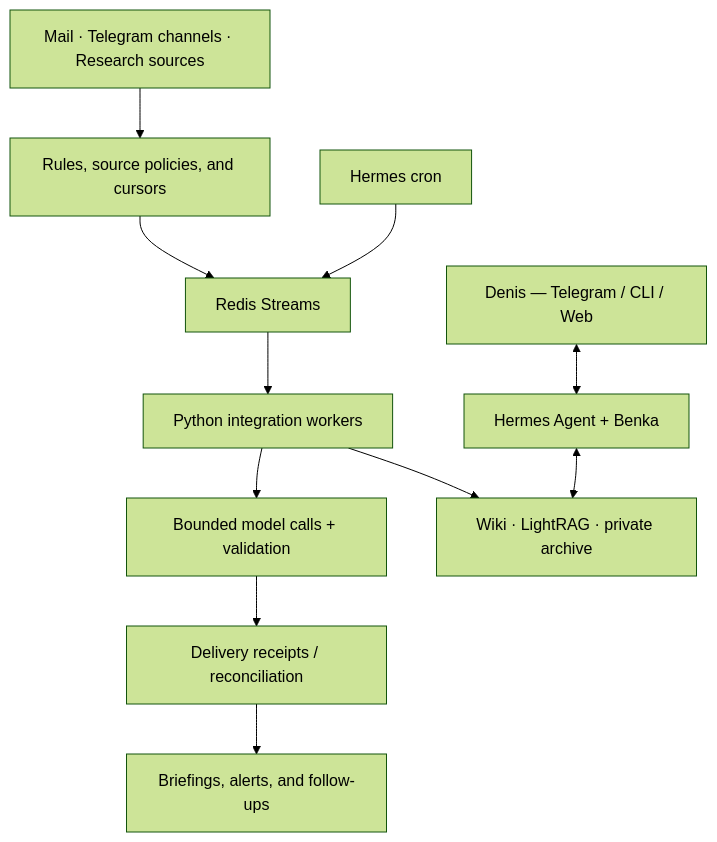
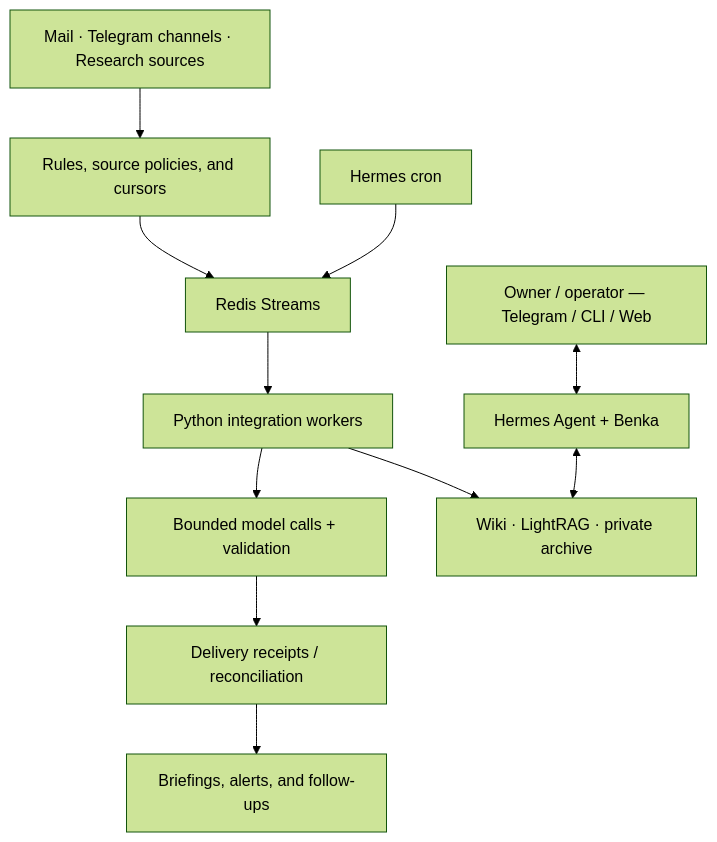
Before and after one commit to eiler2005/my-ai-office: the first of 2 diagrams in README.md, drawn with Mermaid (forest theme). The commit also changed other lines of this file and 2 other files, not shown here.

````diff
--- a/README.md
+++ b/README.md
@@ -77,13 +78,13 @@
 ```mermaid
 flowchart TB
     Sources["Mail · Telegram channels · Research sources"] --> Filter["Rules, source policies, and cursors"]
     Filter --> Queue["Redis Streams"]
     Cron["Hermes cron"] --> Queue
     Queue --> Workers["Python integration workers"]
     Workers --> Models["Bounded model calls + validation"]
     Models --> Delivery["Delivery receipts / reconciliation"]
     Delivery --> Telegram["Briefings, alerts, and follow-ups"]
-    Person["Denis — Telegram / CLI / Web"] <--> Hermes["Hermes Agent + Benka"]
+    Operator["Owner / operator — Telegram / CLI / Web"] <--> Hermes["Hermes Agent + Benka"]
     Hermes <--> Knowledge["Wiki · LightRAG · private archive"]
     Workers --> Knowledge
 ```
````
